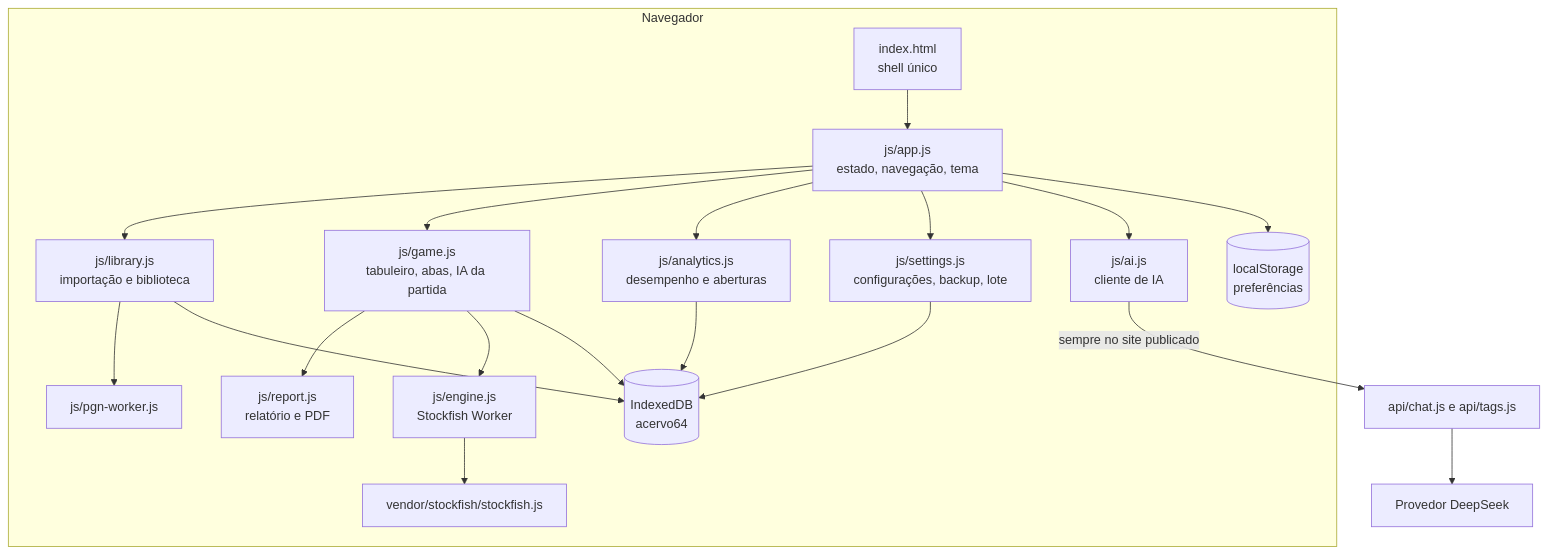
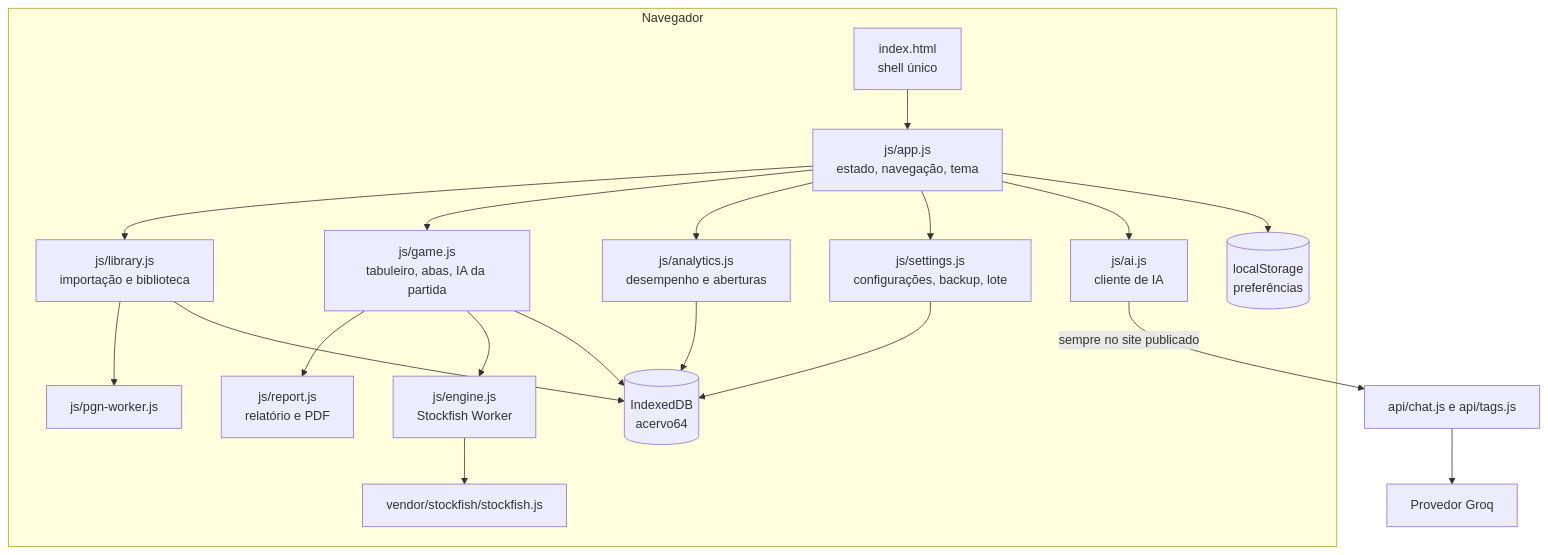
One commit to AdemisCst/Chess-Analysis changed the first of 3 diagrams in docs/ARQUITETURA-INTEGRACAO.md. Above: the diagram before and after it, drawn with Mermaid. The commit also changed other lines of this file and 11 other files, not shown here.

````diff
--- a/docs/ARQUITETURA-INTEGRACAO.md
+++ b/docs/ARQUITETURA-INTEGRACAO.md
@@ -44,36 +44,36 @@
 ```mermaid
 flowchart TB
     subgraph Navegador
         HTML[index.html<br/>shell único]
         APP[js/app.js<br/>estado, navegação, tema]
         LIB[js/library.js<br/>importação e biblioteca]
         GAME[js/game.js<br/>tabuleiro, abas, IA da partida]
         REPORT[js/report.js<br/>relatório e PDF]
         ANA[js/analytics.js<br/>desempenho e aberturas]
         SET[js/settings.js<br/>configurações, backup, lote]
         ENGINE[js/engine.js<br/>Stockfish Worker]
         AIJS[js/ai.js<br/>cliente de IA]
         DB[(IndexedDB<br/>acervo64)]
         LS[(localStorage<br/>preferências)]
         W1[js/pgn-worker.js]
         W2[vendor/stockfish/stockfish.js]
     end
 
     HTML --> APP
     APP --> LIB
     APP --> GAME
     GAME --> REPORT
     APP --> ANA
     APP --> SET
     GAME --> ENGINE
     LIB --> W1
     ENGINE --> W2
     APP --> AIJS
     LIB --> DB
     GAME --> DB
     ANA --> DB
     SET --> DB
     APP --> LS
     AIJS -->|sempre no site publicado| PROXY[api/chat.js e api/tags.js]
-    PROXY --> PROVIDER[Provedor DeepSeek]
+    PROXY --> PROVIDER[Provedor Groq]
 ```
````
